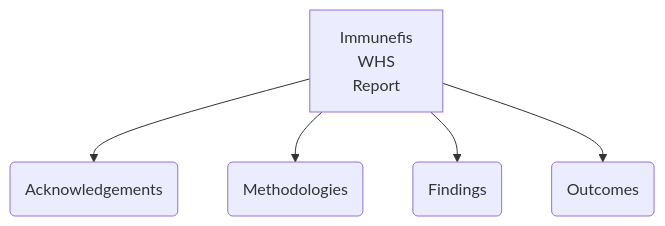
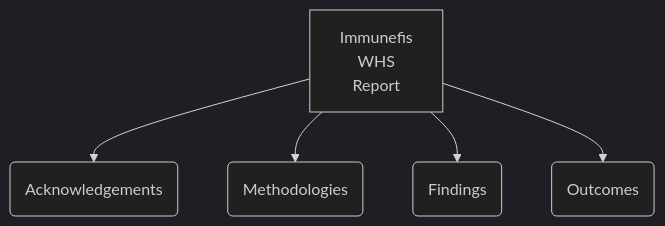
Before and after one commit to m0ham3dx/Immunefi-WHS-Report: the diagram in b1/src/c1.md, drawn with Mermaid. The commit also changed other lines of this file and 4 other files, not shown here.

````diff
--- a/b1/src/c1.md
+++ b/b1/src/c1.md
@@ -15,7 +9,8 @@
 ```mermaid
+%%{init: {'theme':'dark'}}%%
 graph TD
     A[Immunefis<br>WHS<br>Report] --> A1(Acknowledgements)
     A --> A2(Methodologies)
     A --> A3(Findings)
     A --> A4(Outcomes)
 ```
````
